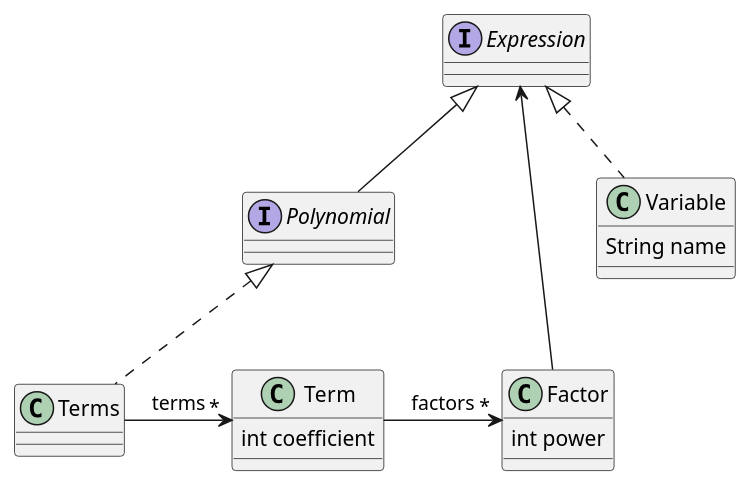
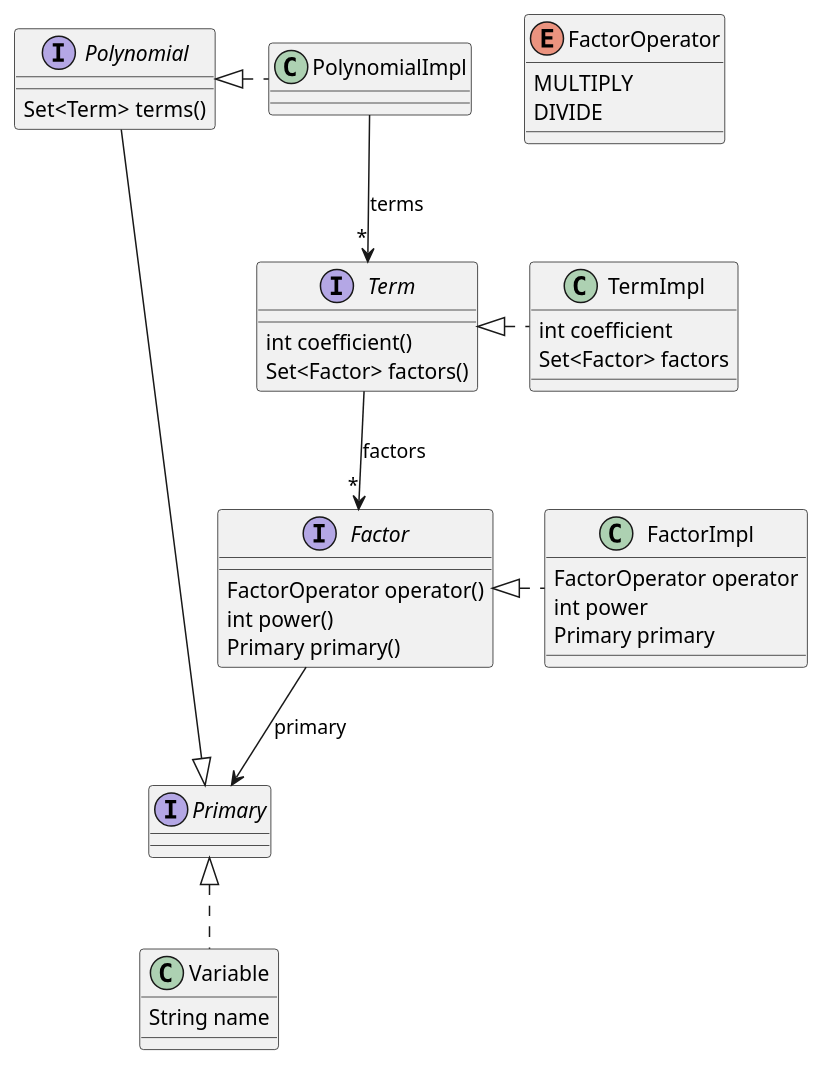
One commit to saka1029/form changed the diagram in doc/classes2.plantuml. Above: the diagram before and after it, drawn with PlantUML. The commit also changed 3 other files, not shown here.

```diff
--- a/doc/classes2.plantuml
+++ b/doc/classes2.plantuml
@@ -1,29 +1,40 @@
 @startuml form
-interface Expression
-interface Polynomial
-Polynomial -up-|> Expression
-class Terms
-Terms .up.|> Polynomial
-class Term {
+enum FactorOperator {
+    MULTIPLY
+    DIVIDE
+}
+interface Polynomial {
+    Set<Term> terms()
+}
+Polynomial --|> Primary
+class PolynomialImpl
+PolynomialImpl .left.|> Polynomial
+PolynomialImpl --> "*" Term : terms
+interface Term {
+    int coefficient()
+    Set<Factor> factors()
+}
+class TermImpl {
     int coefficient
+    Set<Factor> factors
 }
-'Term .up.|> Polynomial
-Terms -right-> "*" Term : terms
-class Factor {
+TermImpl .left.|> Term
+interface Factor {
+    FactorOperator operator()
+    int power()
+    Primary primary()
+}
+Factor --> Primary : primary
+class FactorImpl {
+    FactorOperator operator
     int power
+    Primary primary
 }
-'Factor .up.|> Polynomial
-Factor -up-> Expression
-Term -right-> "*" Factor : factors
+FactorImpl .left.|> Factor
+Term --> "*" Factor : factors
+interface Primary
 class Variable {
     String name
 }
-Variable .up.|> Expression
-'Variable .up.|> Polynomial
-'enum Op {
-'    PLUS
-'    MINUS
-'    MULTIPLY
-'    DIVIDE
-'}
+Variable .up.|> Primary
 @enduml
```
